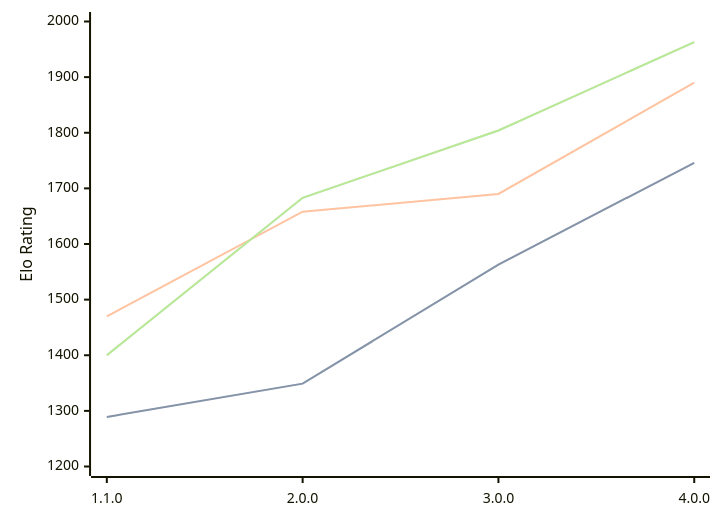
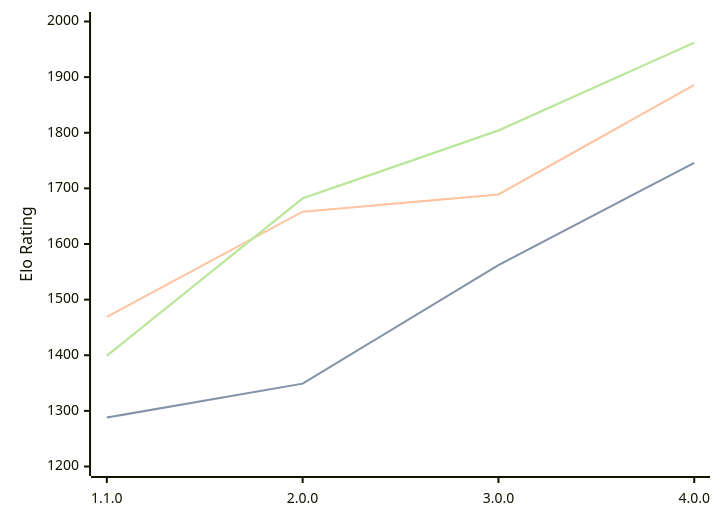
The first of 3 diagrams in engines/Laura.md (computer-chess-index/cci), drawn with Mermaid before and after one commit. The commit also changed other lines of this file, not shown here.

Commit message:
Update CCI Ratings (ELO VLTC) - 2026-06-27

````diff
--- a/engines/Laura.md
+++ b/engines/Laura.md
@@ -35,11 +35,11 @@
 ```mermaid
 %%{init: {"theme":"base","themeVariables":{"seriesColors:['#a3a3a3','#222221','#faa371']}}}%%
 xychart-beta
   x-axis ["1.1.0", "2.0.0", "3.0.0", "4.0.0"]
   y-axis "Elo Rating" 1200 --> 2000
-  line "STC (8.0+0.08s)" [1289, 1349, 1563, 1746]
-  line "STC (8.0+0.08s)" [1289, 1349, 1563, 1746]
-  line "LTC (60.0+0.60s)" [1470, 1658, 1690, 1890]
-  line "VLTC (2m24s+1.12s)" [1400, 1683, 1804, 1963]
-  line "VLTC (2m24s+1.12s)" [1400, 1683, 1804, 1963]
+  line "STC (8.0+0.08s)" [1288, 1349, 1562, 1746]
+  line "STC (8.0+0.08s)" [1288, 1349, 1562, 1746]
+  line "LTC (60.0+0.60s)" [1469, 1658, 1689, 1886]
+  line "VLTC (2m24s+1.12s)" [1399, 1682, 1804, 1962]
+  line "VLTC (2m24s+1.12s)" [1399, 1682, 1804, 1962]
 ```
````
